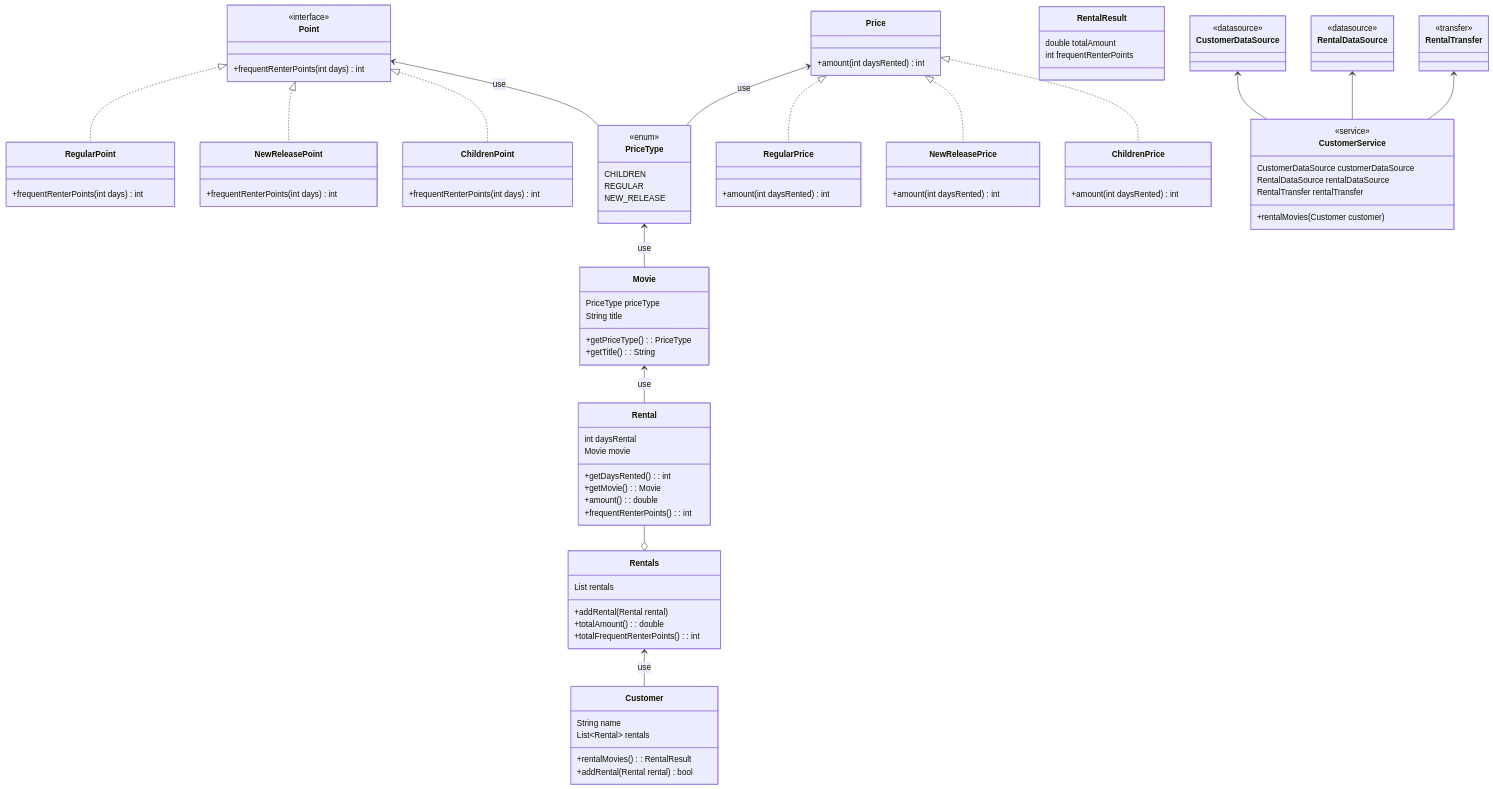
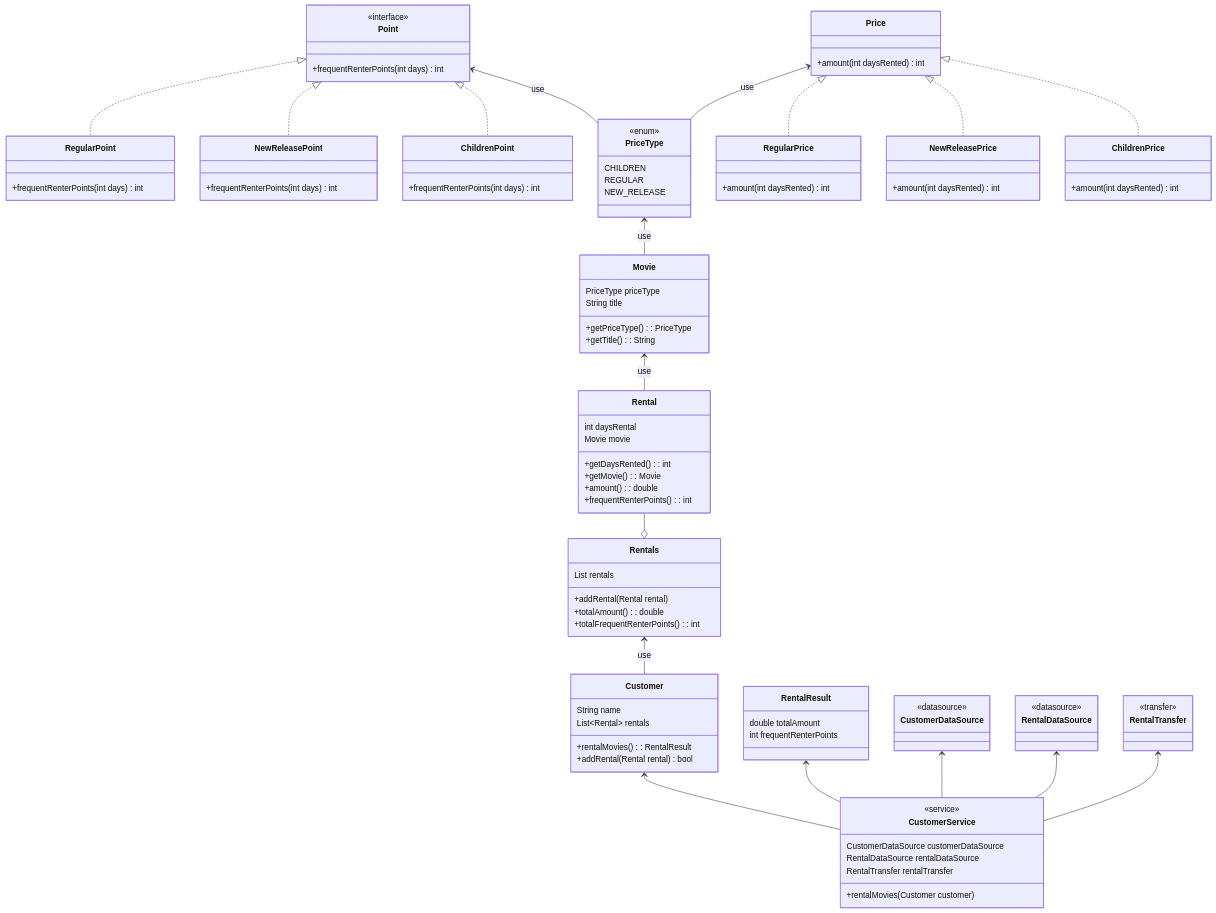
Before and after one commit to stgctkm/UnitTesting: the diagram in リファクタリングガイド/11.3 レンタルポイントのリファクタリングのクラス図.md, drawn with Mermaid.

Commit message:
Update 11.3 レンタルポイントのリファクタリングのクラス図.md

```diff
--- a/リファクタリングガイド/11.3 レンタルポイントのリファクタリングのクラス図.md
+++ b/リファクタリングガイド/11.3 レンタルポイントのリファクタリングのクラス図.md
@@ -94,6 +94,8 @@
 CustomerDataSource <-- CustomerService
 RentalDataSource <-- CustomerService
 RentalTransfer <-- CustomerService
+Customer <-- CustomerService
+RentalResult <-- CustomerService
 
 <<enum>> PriceType
 <<interface>> Point
```
